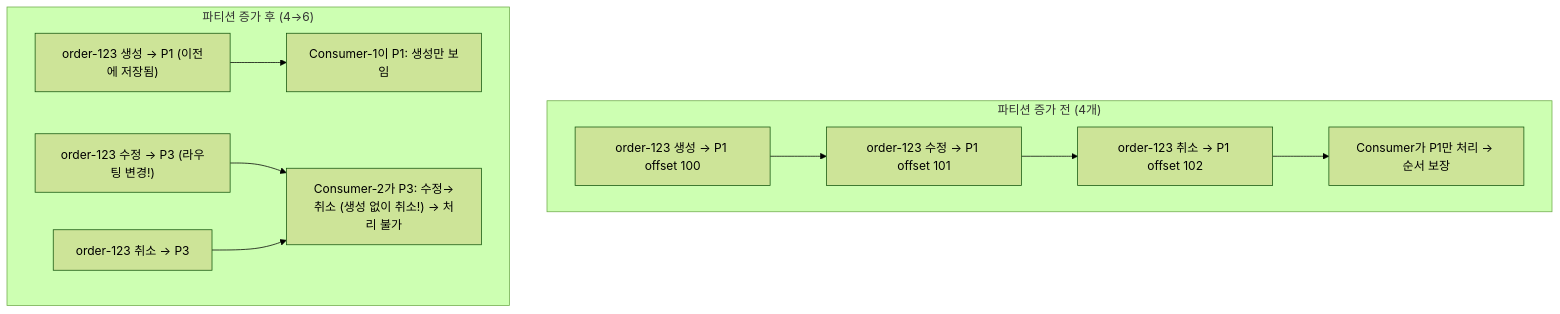
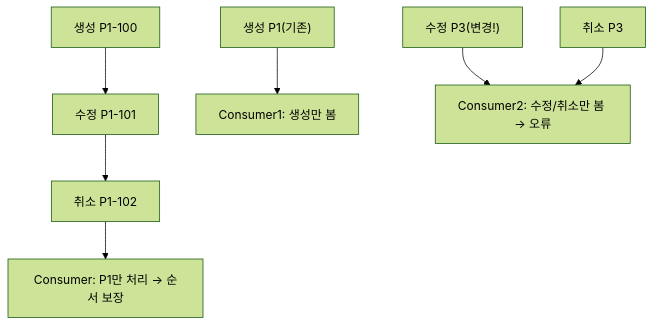
The eighth of 21 diagrams in _posts/kafka/2026-05-01-kafka-extreme-scenarios.md (yjkim2015/yjkim2015.github.io), drawn with Mermaid (forest theme) before and after one commit. The commit also changed other lines of this file and 215 other files, not shown here.

First line of the commit message:
신규 포스트 10개 추가 + Mermaid 전면 축소 + SystemDesign 시리즈 보강

````diff
--- a/_posts/kafka/2026-05-01-kafka-extreme-scenarios.md
+++ b/_posts/kafka/2026-05-01-kafka-extreme-scenarios.md
@@ -258,20 +228,8 @@
 ```mermaid
 graph TD
-    subgraph before["파티션 증가 전 (4개)"]
-        B1["order-123 생성 → P1 offset 100"]
-        B2["order-123 수정 → P1 offset 101"]
-        B3["order-123 취소 → P1 offset 102"]
-        B4["Consumer가 P1만 처리 → 순서 보장"]
-        B1 --> B2 --> B3 --> B4
-    end
-    subgraph after["파티션 증가 후 (4→6)"]
-        A1["order-123 생성 → P1 (이전에 저장됨)"]
-        A2["order-123 수정 → P3 (라우팅 변경!)"]
-        A3["order-123 취소 → P3"]
-        A4["Consumer-1이 P1: 생성만 보임"]
-        A5["Consumer-2가 P3: 수정→취소 (생성 없이 취소!) → 처리 불가"]
-        A1 --> A4
-        A2 --> A5
-        A3 --> A5
-    end
+    B1["생성 P1-100"] --> B2["수정 P1-101"] --> B3["취소 P1-102"]
+    B3 --> B4["Consumer: P1만 처리 → 순서 보장"]
+    A1["생성 P1(기존)"] --> A4["Consumer1: 생성만 봄"]
+    A2["수정 P3(변경!)"] --> A5["Consumer2: 수정/취소만 봄 → 오류"]
+    A3["취소 P3"] --> A5
 ```
````
